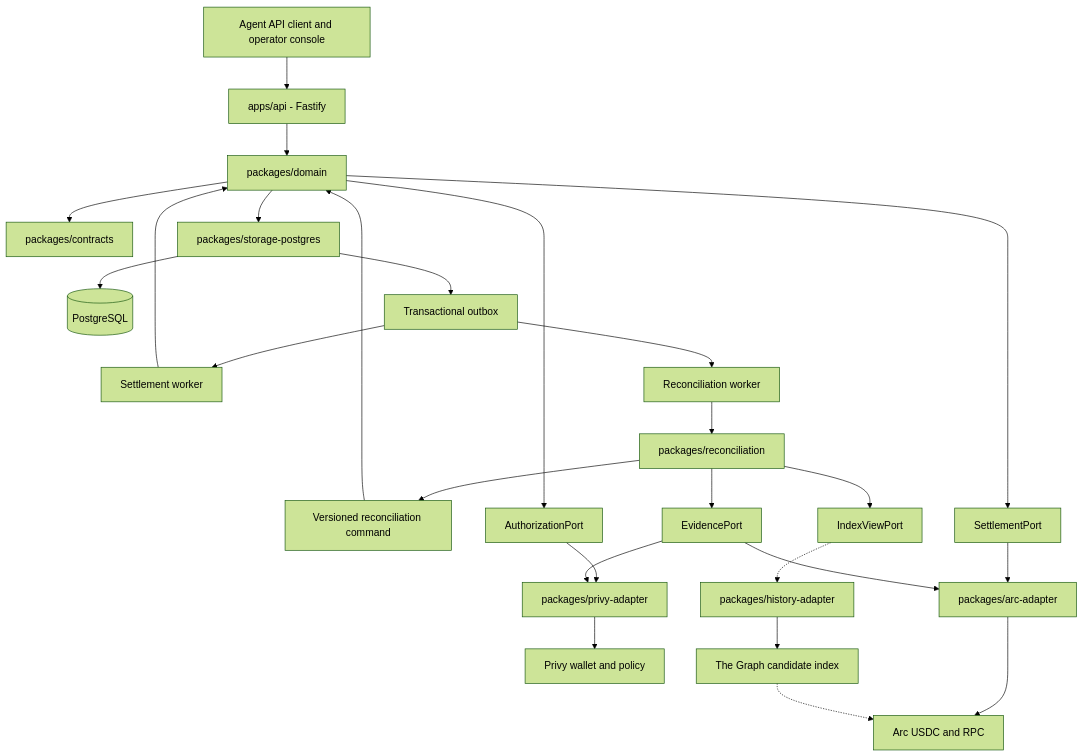
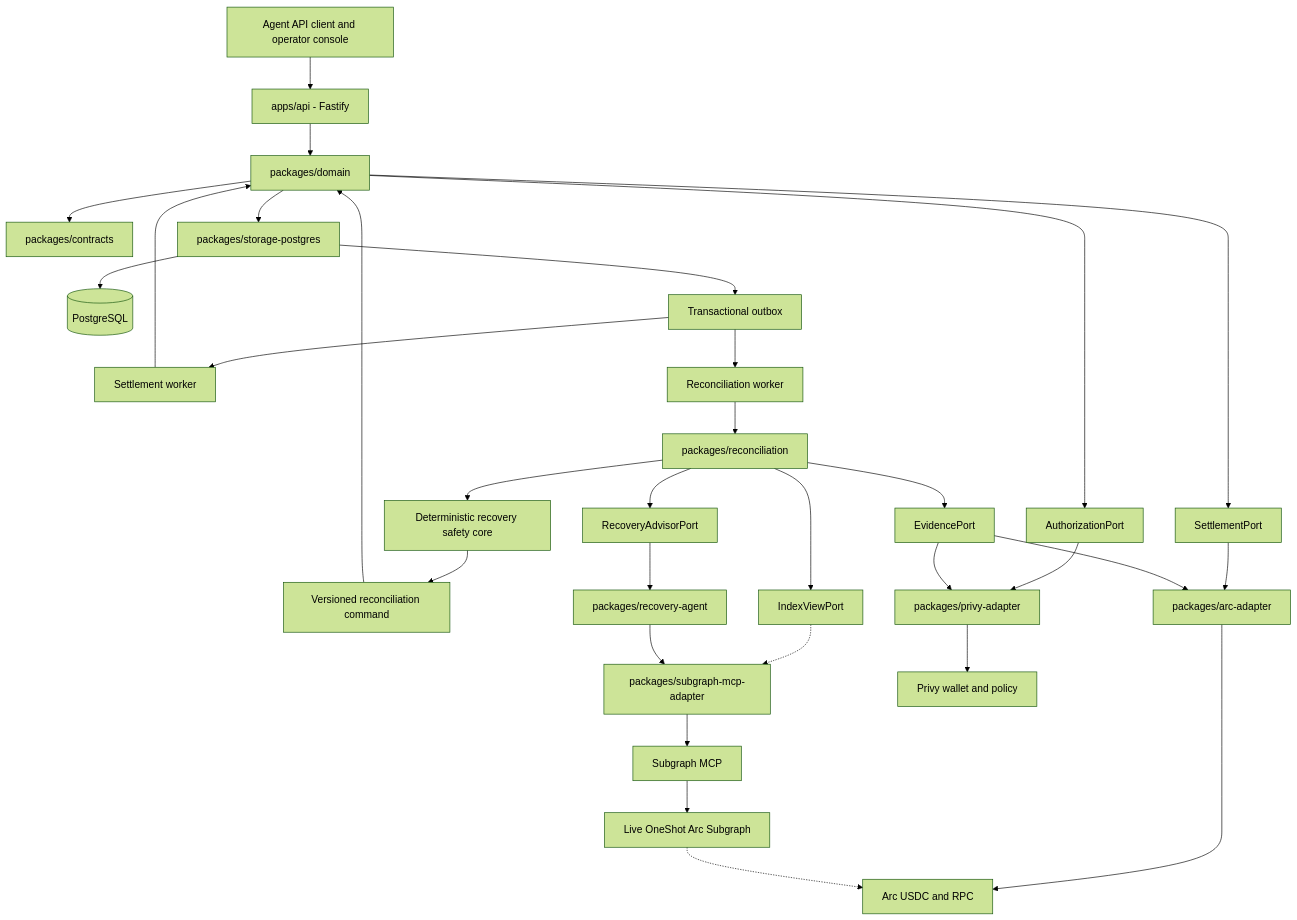
One commit to SWOFART/OneShot changed the fourth of 5 diagrams in plan.md. Above: the diagram before and after it, drawn with Mermaid (forest theme). The commit also changed other lines of this file and 15 other files, not shown here.

Commit message:
docs(plan): clarify Subgraph MCP recovery flow

````diff
--- a/plan.md
+++ b/plan.md
@@ -245,31 +257,36 @@
 ```mermaid
 flowchart TB
     Clients[Agent API client and operator console] --> API[apps/api - Fastify]
     API --> Domain[packages/domain]
     Domain --> Contracts[packages/contracts]
     Domain --> Storage[packages/storage-postgres]
     Storage --> DB[(PostgreSQL)]
     Storage --> Outbox[Transactional outbox]
     Outbox --> Worker[Settlement worker]
     Outbox --> RecoveryWorker[Reconciliation worker]
     Worker --> Domain
     RecoveryWorker --> Reconciliation[packages/reconciliation]
-    Reconciliation --> Command[Versioned reconciliation command]
+    Reconciliation --> SafetyCore[Deterministic recovery safety core]
+    SafetyCore --> Command[Versioned reconciliation command]
     Command --> Domain
 
     Domain --> AuthPort[AuthorizationPort]
     Domain --> SettlementPort[SettlementPort]
     Reconciliation --> EvidencePort[EvidencePort]
     Reconciliation --> IndexPort[IndexViewPort]
+    Reconciliation --> AdvisorPort[RecoveryAdvisorPort]
 
     AuthPort --> PrivyAdapter[packages/privy-adapter]
     SettlementPort --> ArcAdapter[packages/arc-adapter]
     EvidencePort --> PrivyAdapter
     EvidencePort --> ArcAdapter
-    IndexPort -.-> HistoryAdapter[packages/history-adapter]
+    IndexPort -.-> MCPAdapter[packages/subgraph-mcp-adapter]
+    AdvisorPort --> RecoveryAgent[packages/recovery-agent]
 
     PrivyAdapter --> Privy[Privy wallet and policy]
     ArcAdapter --> Arc[Arc USDC and RPC]
-    HistoryAdapter --> GraphIndex[The Graph candidate index]
+    RecoveryAgent --> MCPAdapter
+    MCPAdapter --> MCP[Subgraph MCP]
+    MCP --> GraphIndex[Live OneShot Arc Subgraph]
     GraphIndex -.-> Arc
 ```
````
